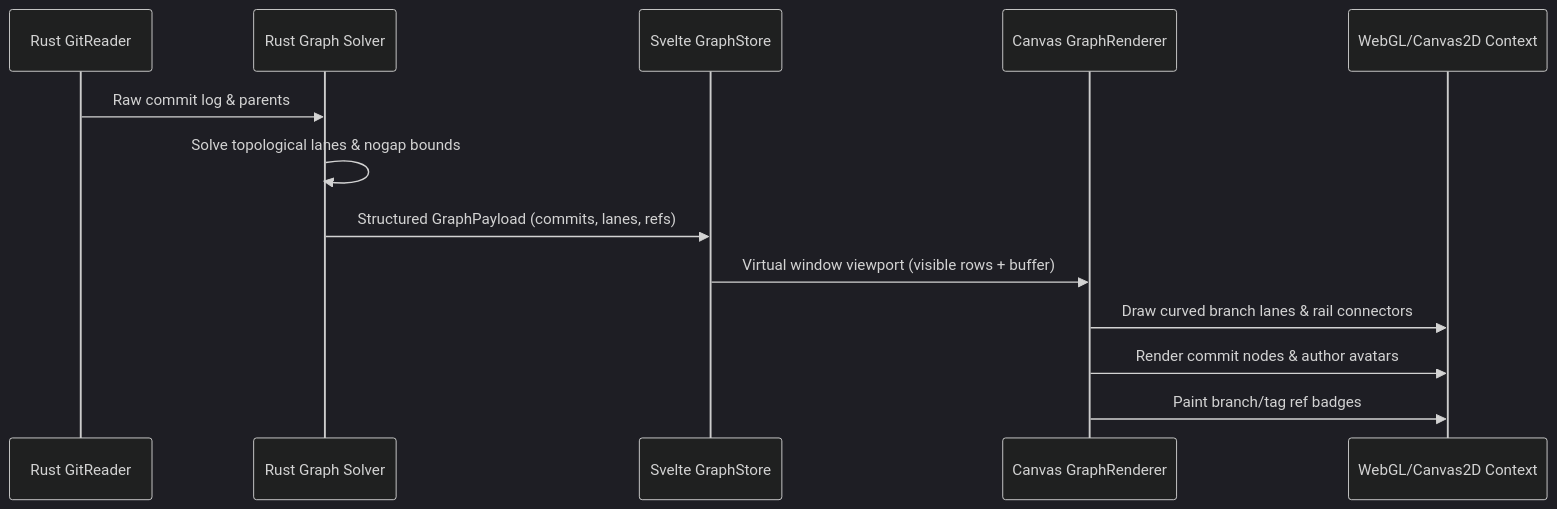
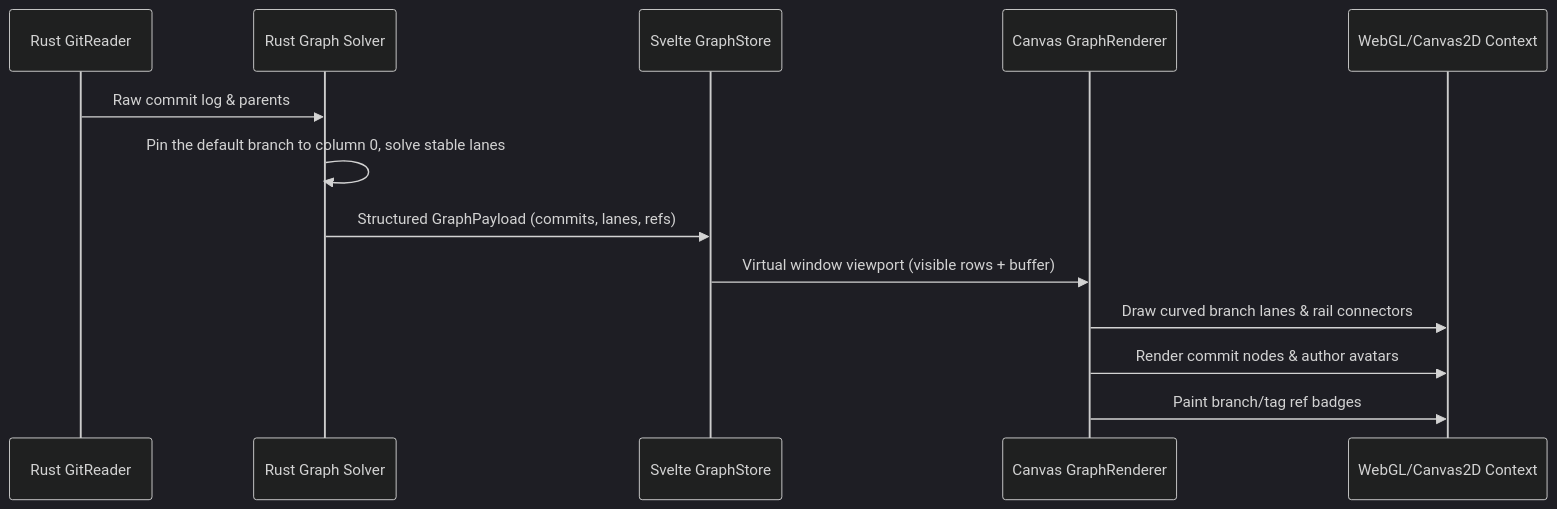
Before and after one commit to bharathvbcr/GitPulse: the fourth of 4 diagrams in docs/ARCHITECTURE.md, drawn with Mermaid (dark theme). The commit also changed other lines of this file and 44 other files, not shown here.

Commit message:
feat(graph): straight mainline rail, backend commit filtering, and lane solver simplification

````diff
--- a/docs/ARCHITECTURE.md
+++ b/docs/ARCHITECTURE.md
@@ -161,16 +161,16 @@
 ```mermaid
 sequenceDiagram
     participant Git as Rust GitReader
     participant Solver as Rust Graph Solver
     participant Store as Svelte GraphStore
     participant Canvas as Canvas GraphRenderer
     participant GPU as WebGL/Canvas2D Context
 
     Git->>Solver: Raw commit log & parents
-    Solver->>Solver: Solve topological lanes & nogap bounds
+    Solver->>Solver: Pin the default branch to column 0, solve stable lanes
     Solver->>Store: Structured GraphPayload (commits, lanes, refs)
     Store->>Canvas: Virtual window viewport (visible rows + buffer)
     Canvas->>GPU: Draw curved branch lanes & rail connectors
     Canvas->>GPU: Render commit nodes & author avatars
     Canvas->>GPU: Paint branch/tag ref badges
 ```
````
